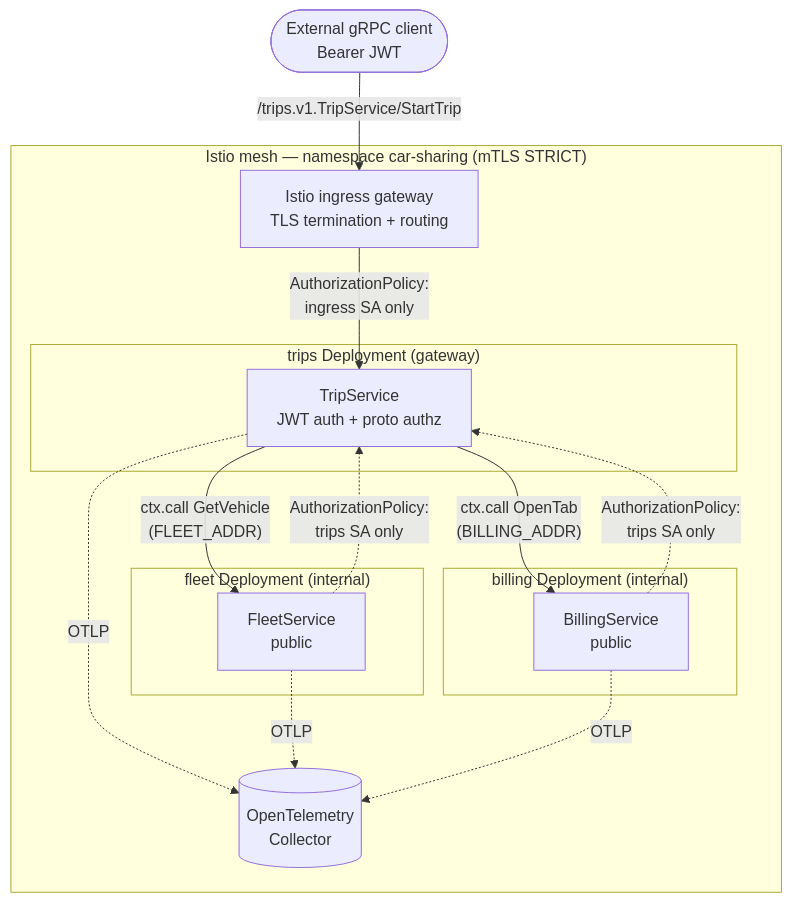
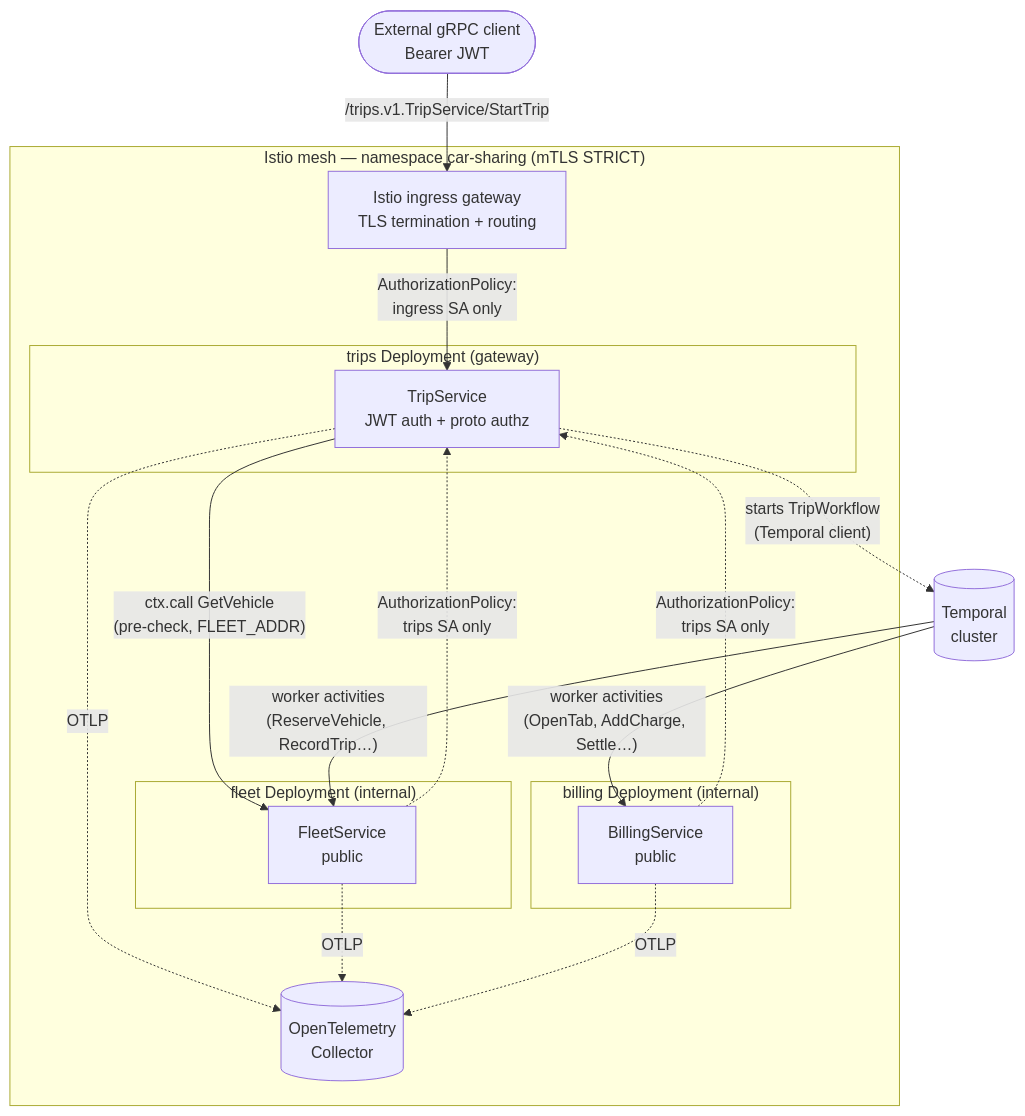
Before and after one commit to Connectum-Framework/examples: the diagram in car-sharing/README.md, drawn with Mermaid. The commit also changed other lines of this file and 19 other files, not shown here.

First line of the commit message:
feat(car-sharing): durable trip saga with Temporal (Phase 2) (#28)

````diff
--- a/car-sharing/README.md
+++ b/car-sharing/README.md
@@ -39,32 +39,34 @@
 ```mermaid
 flowchart TB
     client([External gRPC client<br/>Bearer JWT])
 
     subgraph mesh["Istio mesh — namespace car-sharing (mTLS STRICT)"]
         ingress[Istio ingress gateway<br/>TLS termination + routing]
 
         subgraph trips["trips Deployment (gateway)"]
             tripsApp[TripService<br/>JWT auth + proto authz]
         end
         subgraph fleet["fleet Deployment (internal)"]
             fleetApp[FleetService<br/>public]
         end
         subgraph billing["billing Deployment (internal)"]
             billingApp[BillingService<br/>public]
         end
 
         otel[(OpenTelemetry<br/>Collector)]
     end
 
     client -->|"/trips.v1.TripService/StartTrip"| ingress
     ingress -->|"AuthorizationPolicy:<br/>ingress SA only"| tripsApp
-    tripsApp -->|"ctx.call GetVehicle<br/>(FLEET_ADDR)"| fleetApp
-    tripsApp -->|"ctx.call OpenTab<br/>(BILLING_ADDR)"| billingApp
+    tripsApp -->|"ctx.call GetVehicle<br/>(pre-check, FLEET_ADDR)"| fleetApp
+    tripsApp -.->|"starts TripWorkflow<br/>(Temporal client)"| temporal[(Temporal<br/>cluster)]
+    temporal -->|"worker activities<br/>(ReserveVehicle, RecordTrip…)"| fleetApp
+    temporal -->|"worker activities<br/>(OpenTab, AddCharge, Settle…)"| billingApp
 
     fleetApp -. "AuthorizationPolicy:<br/>trips SA only" .-> tripsApp
     billingApp -. "AuthorizationPolicy:<br/>trips SA only" .-> tripsApp
 
     tripsApp -.->|OTLP| otel
     fleetApp -.->|OTLP| otel
     billingApp -.->|OTLP| otel
 ```
````
